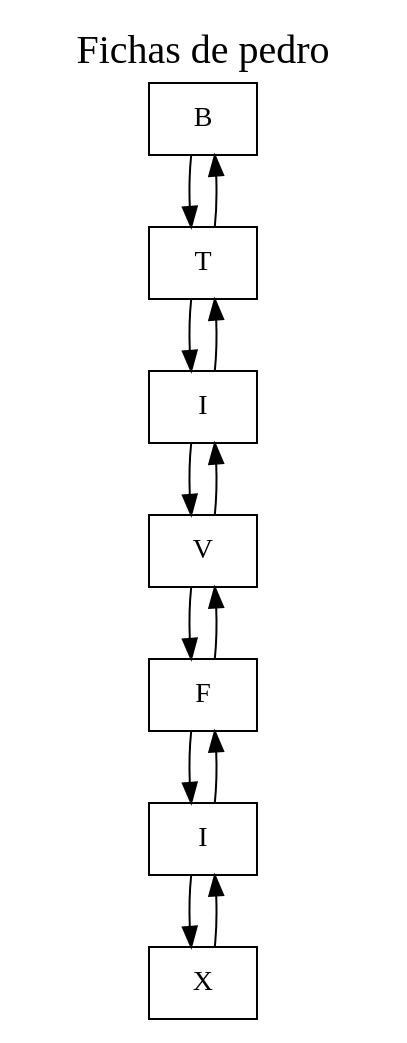
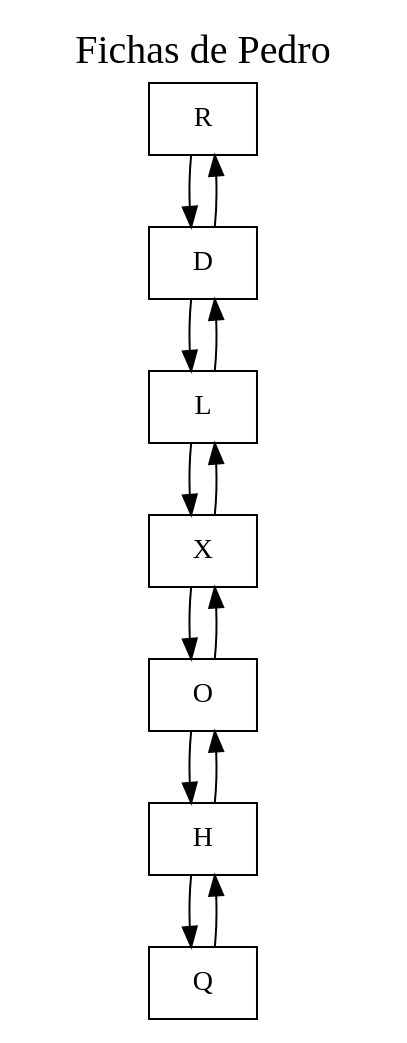
One commit to elJuanjoRamos/EDD_1S2020_PY1_201801262 changed the diagram in EDD_Proyecto1/EDD_Proyecto1/LD_LetterPlayer.dot. Above: the diagram before and after it, drawn with Graphviz. The commit also changed 18 other files, not shown here.

```diff
--- a/EDD_Proyecto1/EDD_Proyecto1/LD_LetterPlayer.dot
+++ b/EDD_Proyecto1/EDD_Proyecto1/LD_LetterPlayer.dot
@@ -1,22 +1,22 @@
-digraph G {graph[label="Fichas de pedro", labelloc=t, fontsize=20]
+digraph G {graph[label="Fichas de Pedro", labelloc=t, fontsize=20]
 node[shape = box];
-Nodo0 [label = "B"];
-Nodo1 [label = "T"];
-Nodo2 [label = "I"];
-Nodo3 [label = "V"];
-Nodo4 [label = "F"];
-Nodo5 [label = "I"];
-Nodo6 [label = "X"];
+Nodo0 [label = "R"];
+Nodo1 [label = "D"];
+Nodo2 [label = "L"];
+Nodo3 [label = "X"];
+Nodo4 [label = "O"];
+Nodo5 [label = "H"];
+Nodo6 [label = "Q"];
 Nodo0->Nodo1;
 Nodo1->Nodo0;
 Nodo1->Nodo2;
 Nodo2->Nodo1;
 Nodo2->Nodo3;
 Nodo3->Nodo2;
 Nodo3->Nodo4;
 Nodo4->Nodo3;
 Nodo4->Nodo5;
 Nodo5->Nodo4;
 Nodo5->Nodo6;
 Nodo6->Nodo5;
 }
```
